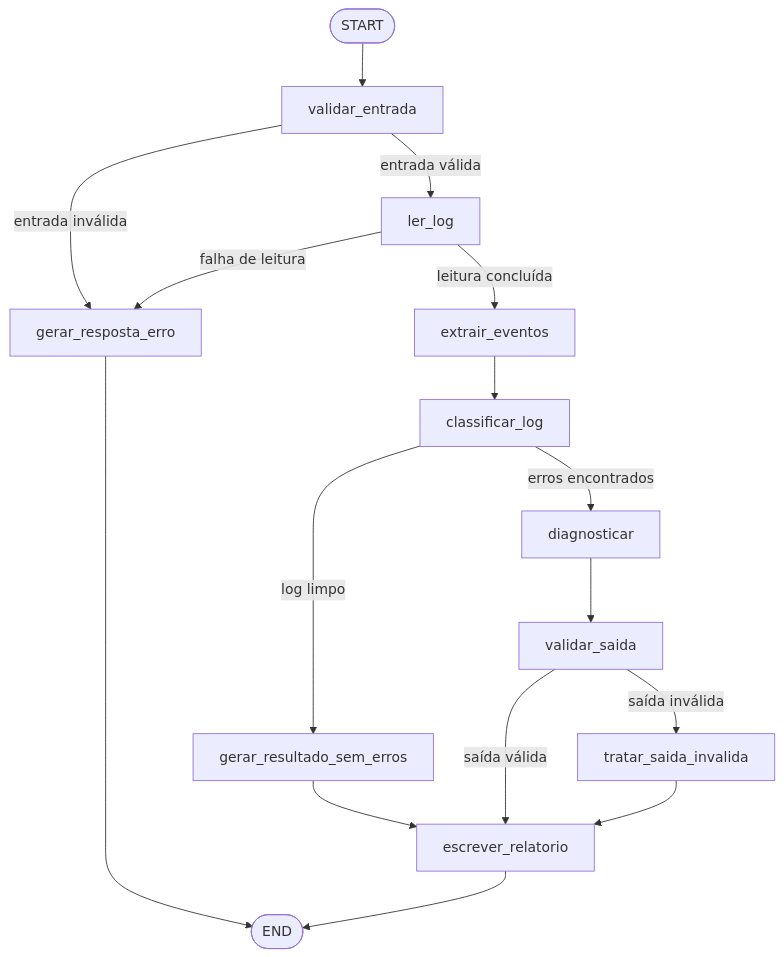
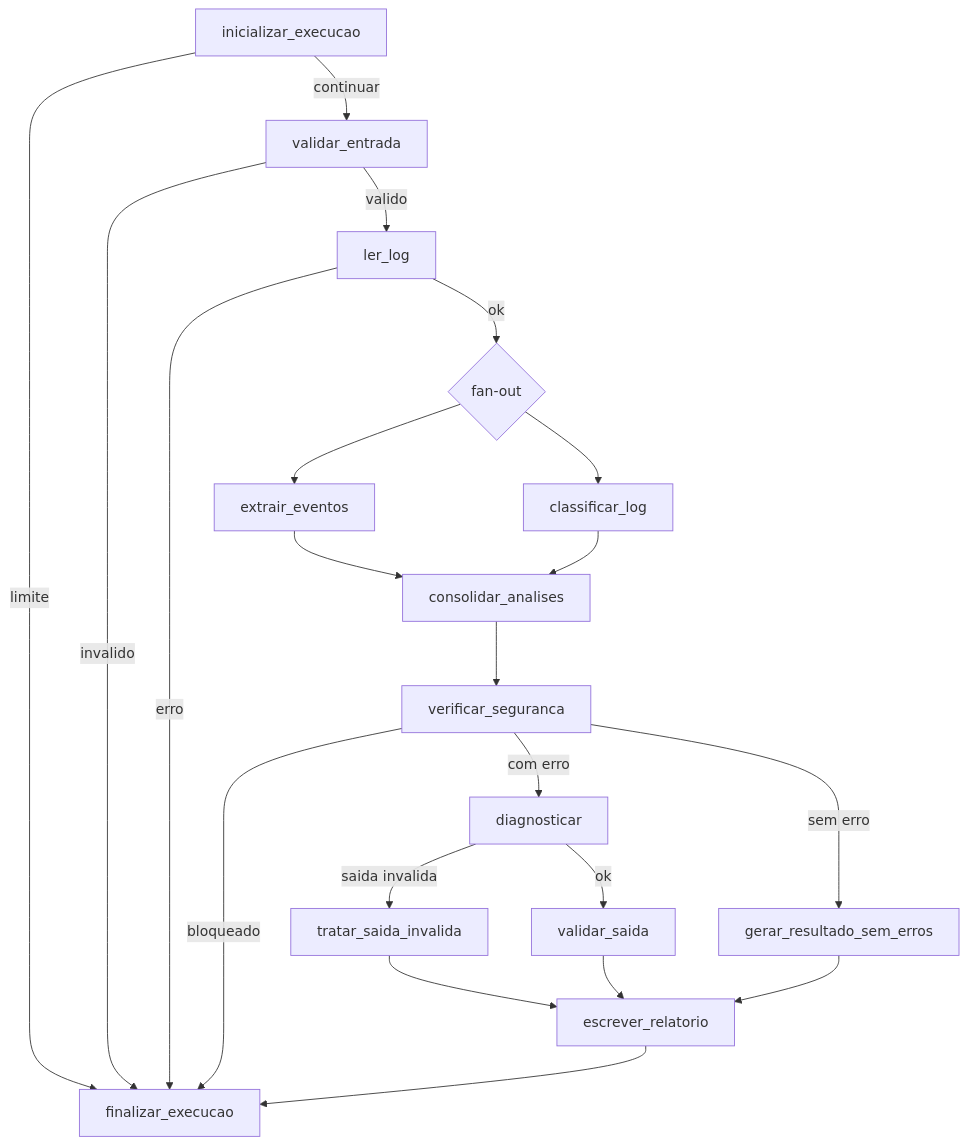
Before and after one commit to edenilson-java/java-log-agent-projeto-avaliativo: the diagram in README.md, drawn with Mermaid. The commit also changed other lines of this file and 21 other files, not shown here.

````diff
--- a/README.md
+++ b/README.md
@@ -35,27 +67,23 @@
 ```mermaid
 flowchart TD
-    START([START]) --> validar_entrada
-
-    validar_entrada -->|entrada inválida| gerar_resposta_erro
-    validar_entrada -->|entrada válida| ler_log
-
-    gerar_resposta_erro --> END([END])
-
-    ler_log -->|falha de leitura| gerar_resposta_erro
-    ler_log -->|leitura concluída| extrair_eventos
-
-    extrair_eventos --> classificar_log
-
-    classificar_log -->|log limpo| gerar_resultado_sem_erros
-    classificar_log -->|erros encontrados| diagnosticar
-
-    gerar_resultado_sem_erros --> escrever_relatorio
-
-    diagnosticar --> validar_saida
-
-    validar_saida -->|saída válida| escrever_relatorio
-    validar_saida -->|saída inválida| tratar_saida_invalida
-
-    tratar_saida_invalida --> escrever_relatorio
-    escrever_relatorio --> END
+    A[inicializar_execucao] -->|limite| Z[finalizar_execucao]
+    A -->|continuar| B[validar_entrada]
+    B -->|invalido| Z
+    B -->|valido| C[ler_log]
+    C -->|erro| Z
+    C -->|ok| D{fan-out}
+    D --> E[extrair_eventos]
+    D --> F[classificar_log]
+    E --> G[consolidar_analises]
+    F --> G
+    G --> H[verificar_seguranca]
+    H -->|bloqueado| Z
+    H -->|sem erro| I[gerar_resultado_sem_erros]
+    H -->|com erro| J[diagnosticar]
+    J -->|saida invalida| K[tratar_saida_invalida]
+    J -->|ok| L[validar_saida]
+    K --> M[escrever_relatorio]
+    L --> M
+    I --> M
+    M --> Z
 ```
````
